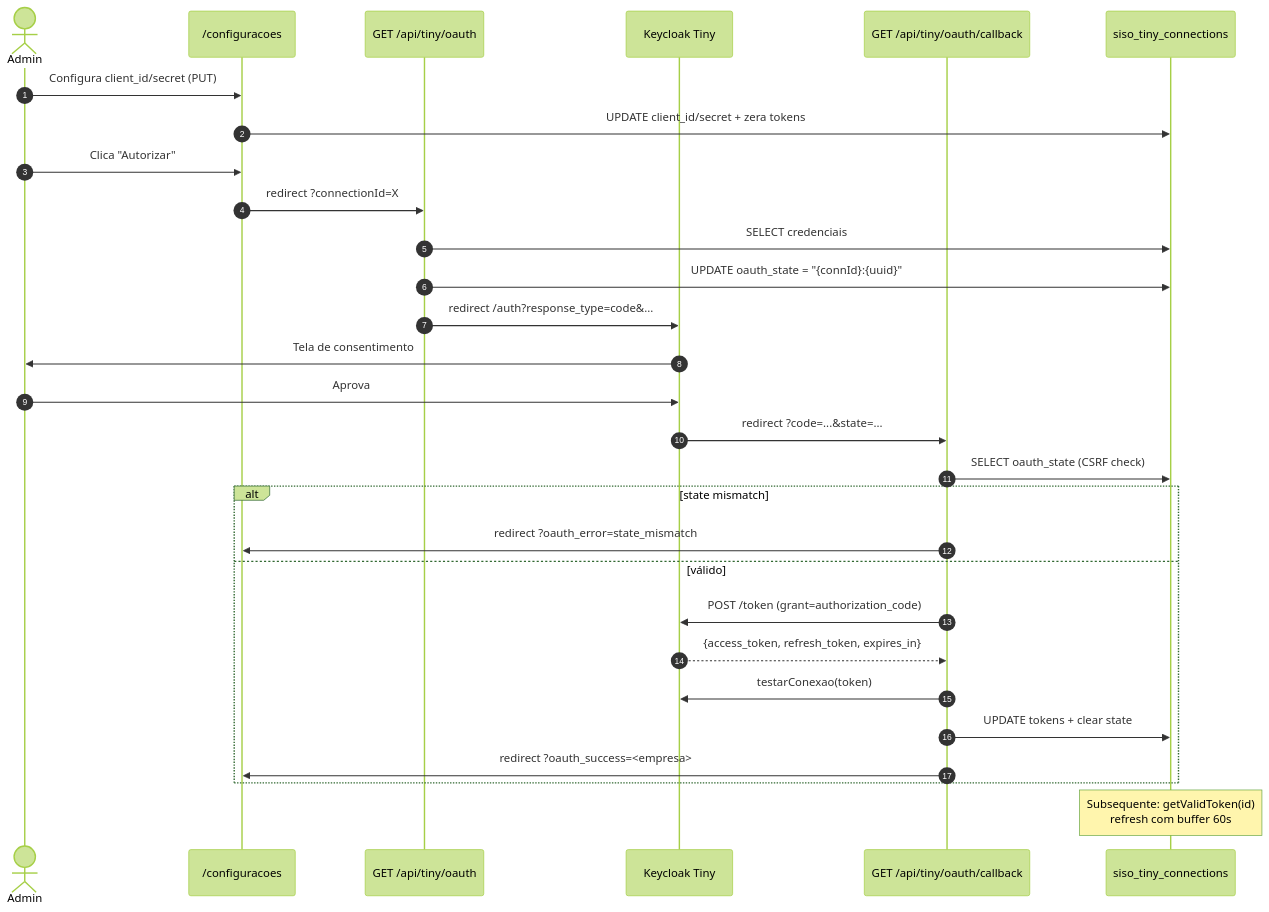
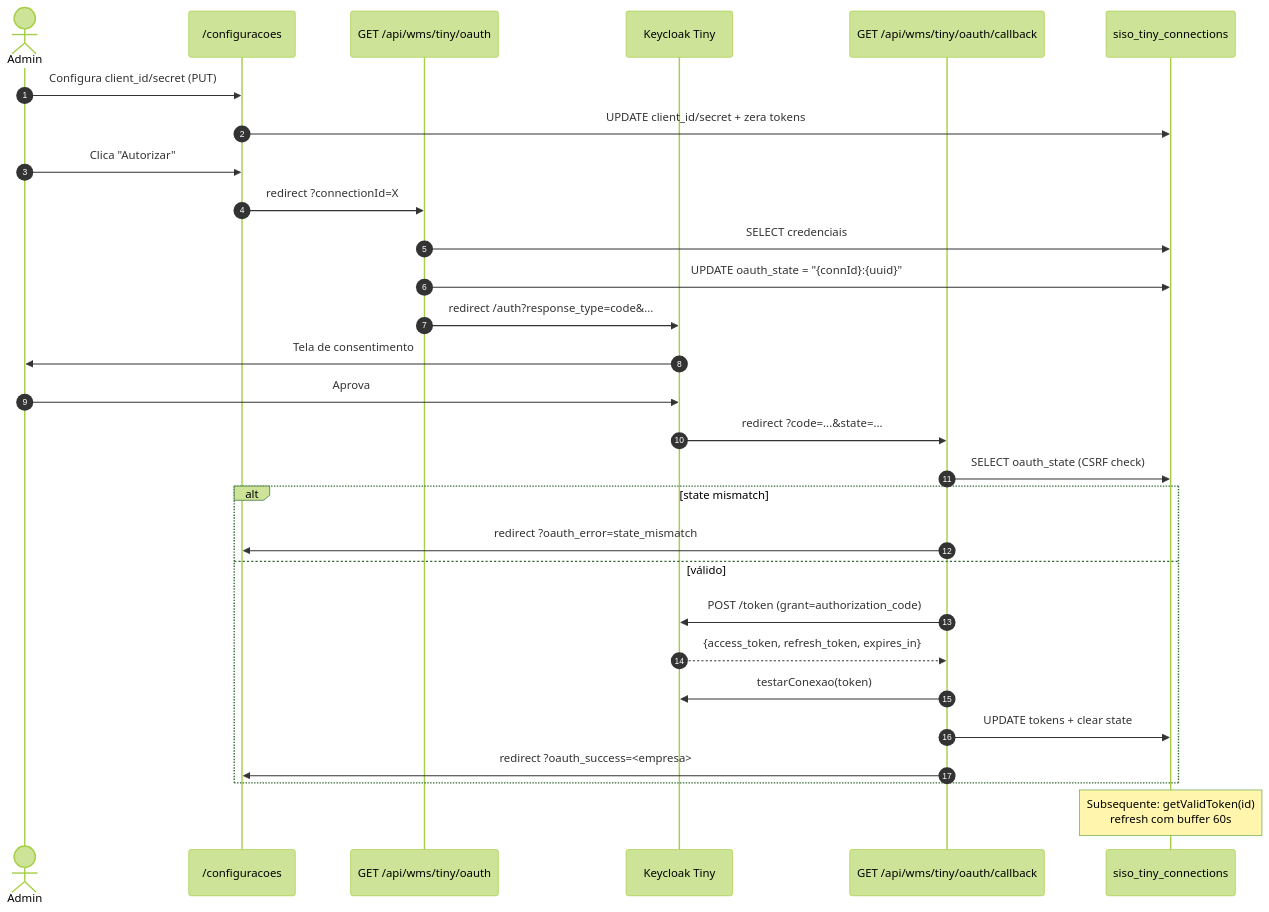
Before and after one commit to Eryk-dev/estoquelever: the third of 3 diagrams in docs/fluxos/09-auth-configuracao-hierarquia.md, drawn with Mermaid (forest theme). The commit also changed other lines of this file and 20 other files, not shown here.

````diff
--- a/docs/fluxos/09-auth-configuracao-hierarquia.md
+++ b/docs/fluxos/09-auth-configuracao-hierarquia.md
@@ -622,33 +622,33 @@
 ```mermaid
 sequenceDiagram
     autonumber
     actor A as Admin
     participant CFG as /configuracoes
-    participant OAUTH as GET /api/tiny/oauth
+    participant OAUTH as GET /api/wms/tiny/oauth
     participant TINY as Keycloak Tiny
-    participant CB as GET /api/tiny/oauth/callback
+    participant CB as GET /api/wms/tiny/oauth/callback
     participant DB as siso_tiny_connections
 
     A->>CFG: Configura client_id/secret (PUT)
     CFG->>DB: UPDATE client_id/secret + zera tokens
     A->>CFG: Clica "Autorizar"
     CFG->>OAUTH: redirect ?connectionId=X
     OAUTH->>DB: SELECT credenciais
     OAUTH->>DB: UPDATE oauth_state = "{connId}:{uuid}"
     OAUTH->>TINY: redirect /auth?response_type=code&...
     TINY->>A: Tela de consentimento
     A->>TINY: Aprova
     TINY->>CB: redirect ?code=...&state=...
     CB->>DB: SELECT oauth_state (CSRF check)
     alt state mismatch
         CB->>CFG: redirect ?oauth_error=state_mismatch
     else válido
         CB->>TINY: POST /token (grant=authorization_code)
         TINY-->>CB: {access_token, refresh_token, expires_in}
         CB->>TINY: testarConexao(token)
         CB->>DB: UPDATE tokens + clear state
         CB->>CFG: redirect ?oauth_success=<empresa>
     end
 
     Note over DB: Subsequente: getValidToken(id)<br/>refresh com buffer 60s
 ```
````
